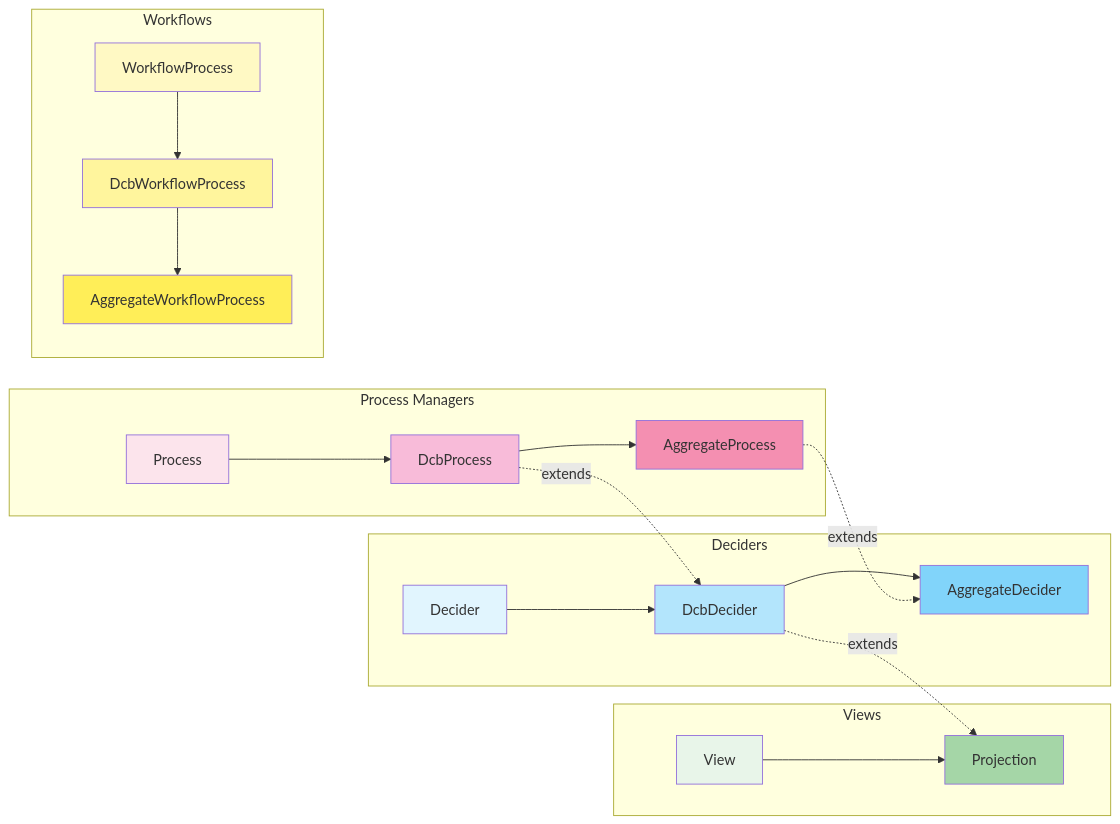
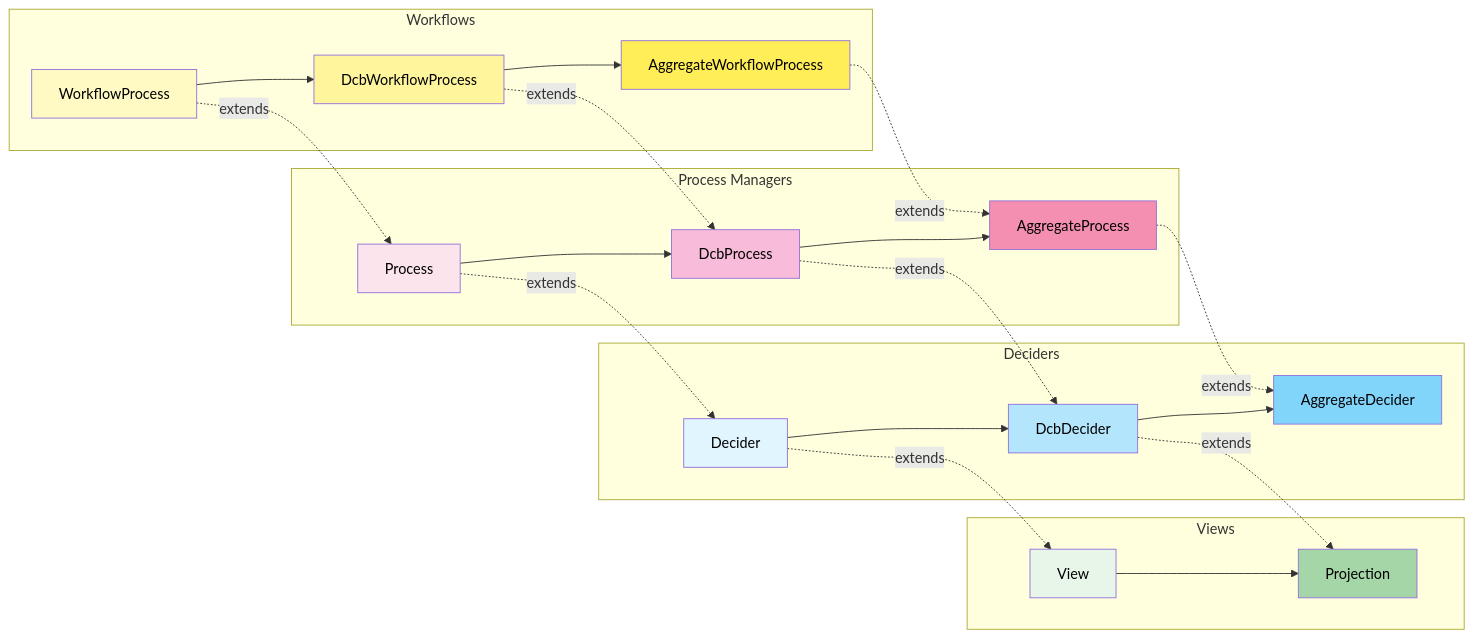
Before and after one commit to fraktalio/fmodel-decider: the fourth of 4 diagrams in README.md, drawn with Mermaid. The commit also changed other lines of this file, not shown here.

````diff
--- a/README.md
+++ b/README.md
@@ -1040,34 +1052,39 @@
 ```mermaid
 graph LR
+    subgraph "Views"
+        V[View] --> P[Projection]
+    end
+    
     subgraph "Deciders"
         D[Decider] --> DCB[DcbDecider] --> AGG[AggregateDecider]
-    end
-    
-    subgraph "Views"
-        V[View] --> P[Projection]
     end
     
     subgraph "Process Managers"
         PR[Process] --> DCBP[DcbProcess] --> AGGP[AggregateProcess]
     end
     
     subgraph "Workflows"
         WP[WorkflowProcess] --> DCBWP[DcbWorkflowProcess] --> AGGWP[AggregateWorkflowProcess]
     end
     
+    D -.->|"extends"| V
     DCB -.->|"extends"| P
+    PR -.->|"extends"| D
     DCBP -.->|"extends"| DCB
     AGGP -.->|"extends"| AGG
+    WP -.->|"extends"| PR
+    DCBWP -.->|"extends"| DCBP
+    AGGWP -.->|"extends"| AGGP
     
-    style D fill:#e1f5fe
-    style DCB fill:#b3e5fc
-    style AGG fill:#81d4fa
-    style V fill:#e8f5e9
-    style P fill:#a5d6a7
-    style PR fill:#fce4ec
-    style DCBP fill:#f8bbd9
-    style AGGP fill:#f48fb1
-    style WP fill:#fff9c4
-    style DCBWP fill:#fff59d
-    style AGGWP fill:#ffee58
+    style D fill:#e1f5fe,color:#000
+    style DCB fill:#b3e5fc,color:#000
+    style AGG fill:#81d4fa,color:#000
+    style V fill:#e8f5e9,color:#000
+    style P fill:#a5d6a7,color:#000
+    style PR fill:#fce4ec,color:#000
+    style DCBP fill:#f8bbd9,color:#000
+    style AGGP fill:#f48fb1,color:#000
+    style WP fill:#fff9c4,color:#000
+    style DCBWP fill:#fff59d,color:#000
+    style AGGWP fill:#ffee58,color:#000
 ```
````
